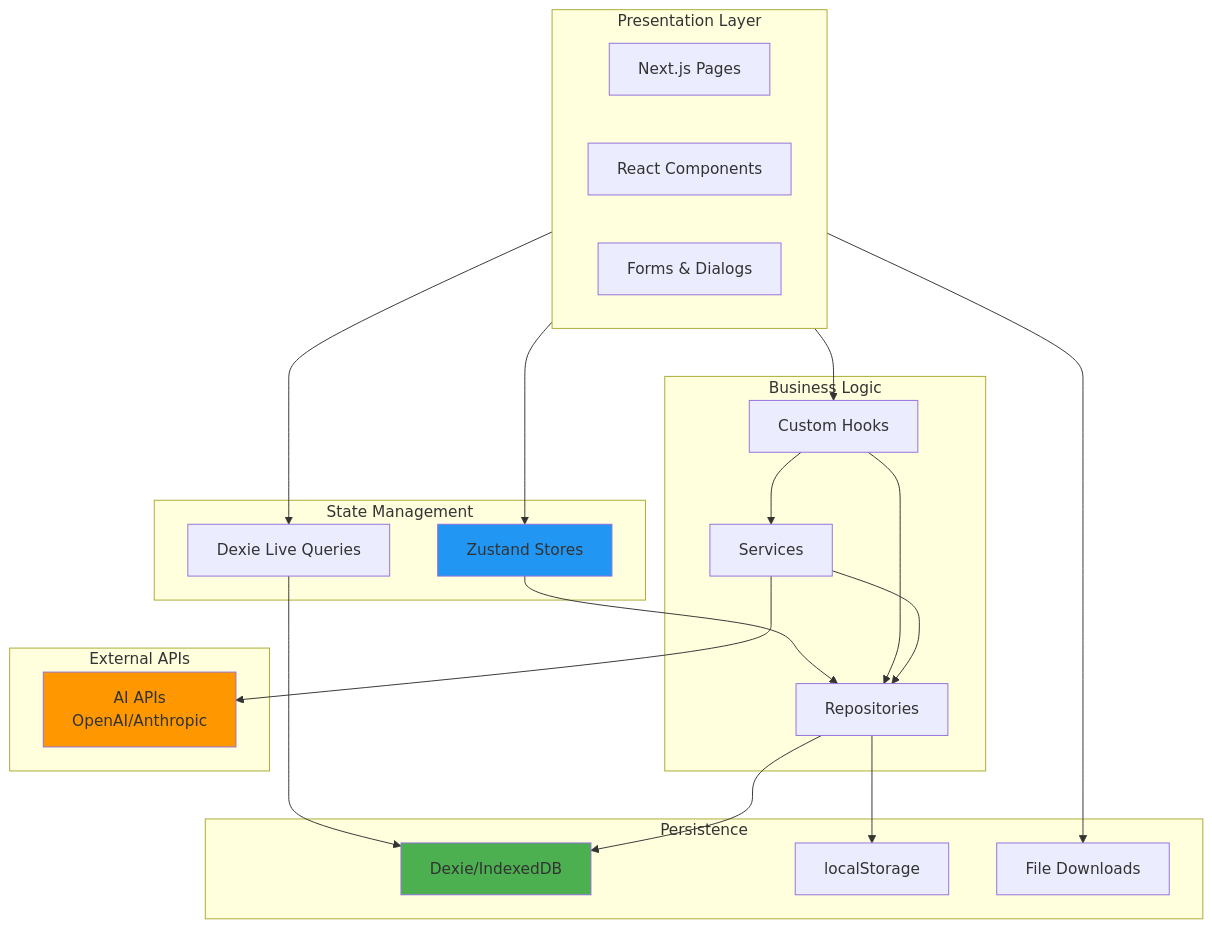
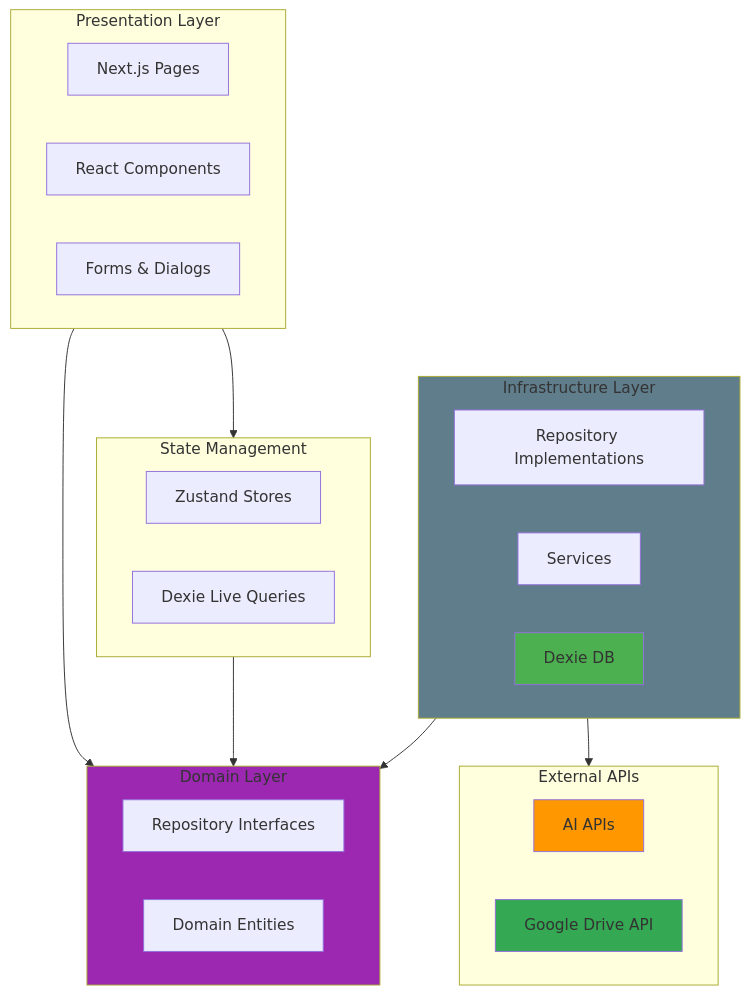
One commit to Sai-Roopesh/becomeAnAuthor changed the first of 12 diagrams in docs/architecture_doc.md. Above: the diagram before and after it, drawn with Mermaid. The commit also changed other lines of this file and 2 other files, not shown here.

Commit message:
feat: Introduce Google Drive integration for cloud backups and refactor architecture with dedicated Domain and Infrastructure layers.

````diff
--- a/docs/architecture_doc.md
+++ b/docs/architecture_doc.md
@@ -54,49 +54,43 @@
 ```mermaid
 flowchart TB
     subgraph UI["Presentation Layer"]
         Pages["Next.js Pages"]
         Components["React Components"]
         Forms["Forms & Dialogs"]
     end
     
     subgraph State["State Management"]
         Zustand["Zustand Stores"]
         LiveQueries["Dexie Live Queries"]
     end
     
-    subgraph Logic["Business Logic"]
-        Repos["Repositories"]
+    subgraph Domain["Domain Layer"]
+        Interfaces["Repository Interfaces"]
+        Entities["Domain Entities"]
+    end
+
+    subgraph Infrastructure["Infrastructure Layer"]
+        Impl["Repository Implementations"]
         Services["Services"]
-        Hooks["Custom Hooks"]
-    end
-    
-    subgraph Storage["Persistence"]
-        Dexie["Dexie/IndexedDB"]
-        LocalStorage["localStorage"]
-        FileSystem["File Downloads"]
+        DB["Dexie DB"]
     end
     
     subgraph External["External APIs"]
-        AI["AI APIs<br/>OpenAI/Anthropic"]
+        AI["AI APIs"]
+        Drive["Google Drive API"]
     end
     
-    UI --> Zustand
-    UI --> LiveQueries
-    UI --> Hooks
+    UI --> State
+    UI --> Domain
     
-    Zustand --> Repos
-    LiveQueries --> Dexie
-    Hooks --> Repos
-    Hooks --> Services
+    State --> Domain
     
-    Repos --> Dexie
-    Services --> AI
-    Services --> Repos
+    Infrastructure --> Domain
+    Infrastructure --> External
     
-    Repos --> LocalStorage
-    UI --> FileSystem
-    
-    style Dexie fill:#4CAF50
+    style DB fill:#4CAF50
     style AI fill:#FF9800
-    style Zustand fill:#2196F3
+    style Drive fill:#34A853
+    style Domain fill:#9C27B0
+    style Infrastructure fill:#607D8B
 ```
````
